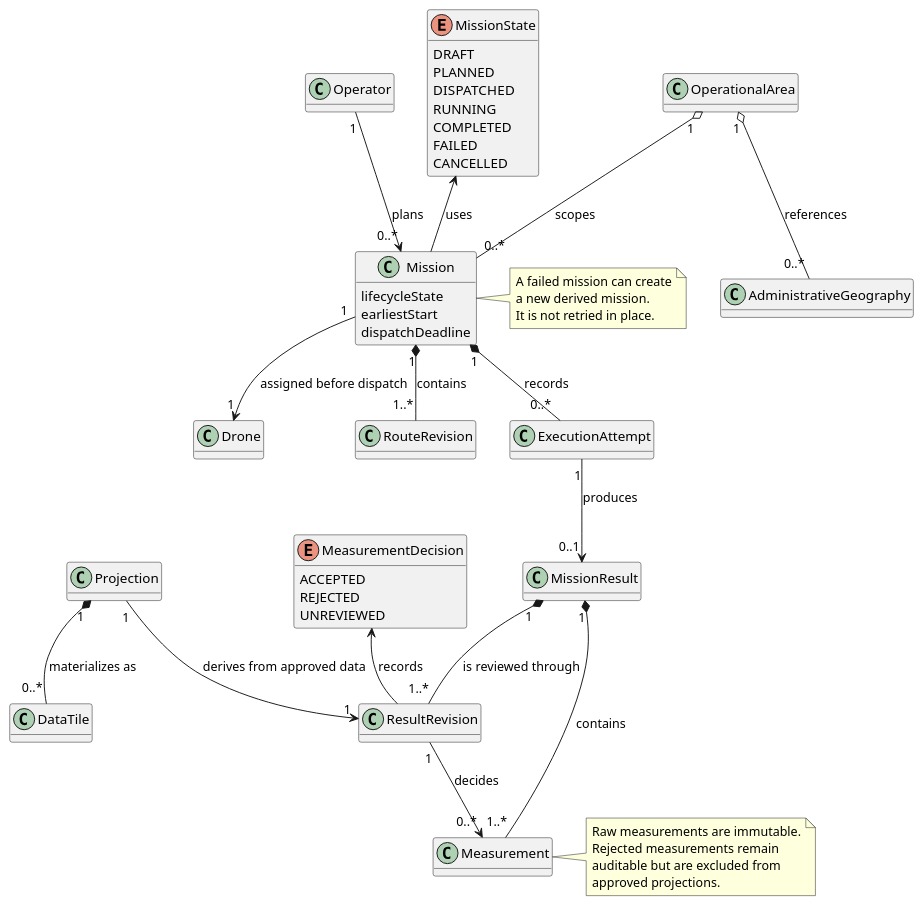
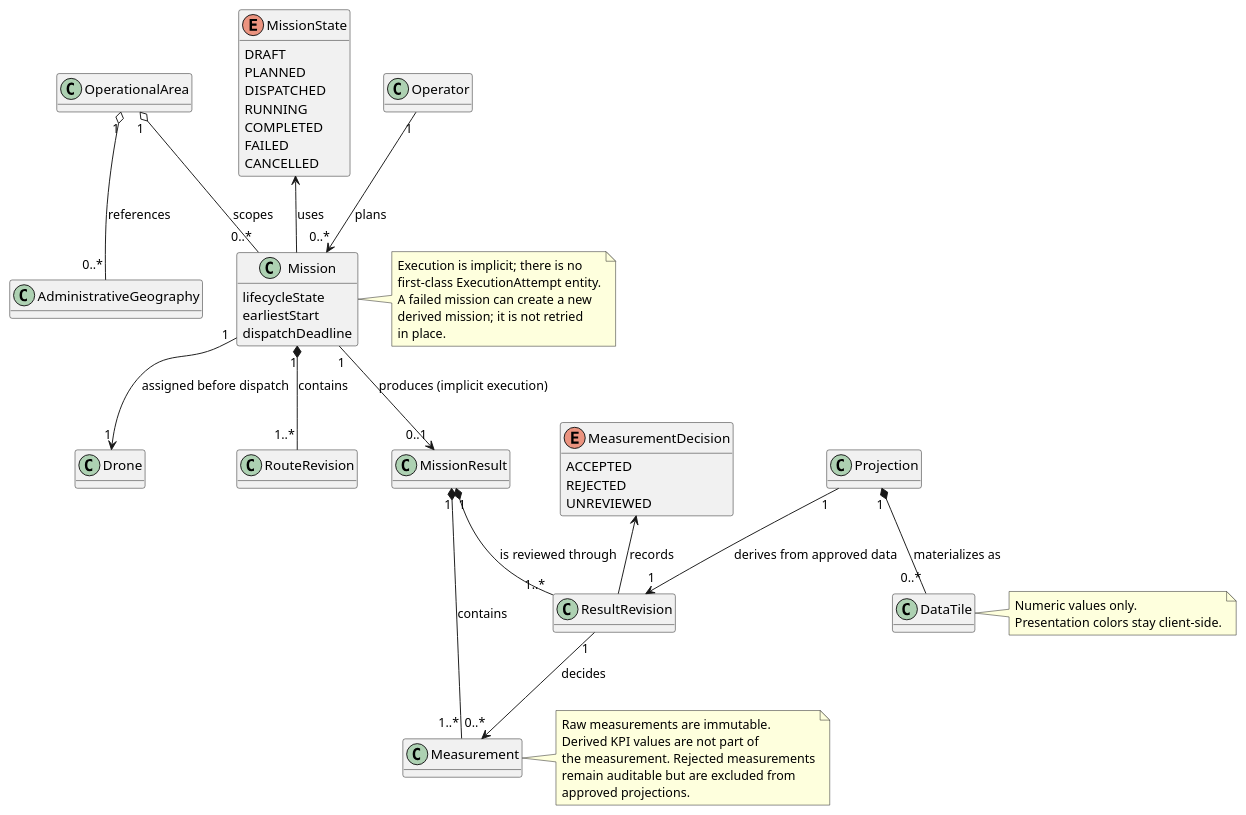
The diagram in docs/uml/0002-core-domain-classes.puml (ademby/ddtp1), drawn with PlantUML before and after one commit. The commit also changed 10 other files, not shown here.

```diff
--- a/docs/uml/0002-core-domain-classes.puml
+++ b/docs/uml/0002-core-domain-classes.puml
@@ -1,65 +1,71 @@
 @startuml
 hide methods
 skinparam classAttributeIconSize 0
 
 class Operator
 class OperationalArea
 class AdministrativeGeography
 class Drone
 class Mission {
   lifecycleState
   earliestStart
   dispatchDeadline
 }
 class RouteRevision
-class ExecutionAttempt
 class MissionResult
 class ResultRevision
 class Measurement
 class Projection
 class DataTile
 
 enum MissionState {
   DRAFT
   PLANNED
   DISPATCHED
   RUNNING
   COMPLETED
   FAILED
   CANCELLED
 }
 
 enum MeasurementDecision {
   ACCEPTED
   REJECTED
   UNREVIEWED
 }
 
 Operator "1" --> "0..*" Mission : plans
 OperationalArea "1" o-- "0..*" Mission : scopes
 OperationalArea "1" o-- "0..*" AdministrativeGeography : references
 Mission "1" *-- "1..*" RouteRevision : contains
 Mission "1" --> "1" Drone : assigned before dispatch
-Mission "1" *-- "0..*" ExecutionAttempt : records
-ExecutionAttempt "1" --> "0..1" MissionResult : produces
+Mission "1" --> "0..1" MissionResult : produces (implicit execution)
 MissionResult "1" *-- "1..*" Measurement : contains
 MissionResult "1" *-- "1..*" ResultRevision : is reviewed through
 ResultRevision "1" --> "0..*" Measurement : decides
 Projection "1" --> "1" ResultRevision : derives from approved data
 Projection "1" *-- "0..*" DataTile : materializes as
 MissionState <-- Mission : uses
 MeasurementDecision <-- ResultRevision : records
 
 note right of Mission
-  A failed mission can create
-  a new derived mission.
-  It is not retried in place.
+  Execution is implicit; there is no
+  first-class ExecutionAttempt entity.
+  A failed mission can create a new
+  derived mission; it is not retried
+  in place.
 end note
 
 note right of Measurement
   Raw measurements are immutable.
-  Rejected measurements remain
-  auditable but are excluded from
+  Derived KPI values are not part of
+  the measurement. Rejected measurements
+  remain auditable but are excluded from
   approved projections.
 end note
+
+note right of DataTile
+  Numeric values only.
+  Presentation colors stay client-side.
+end note
 @enduml
```
